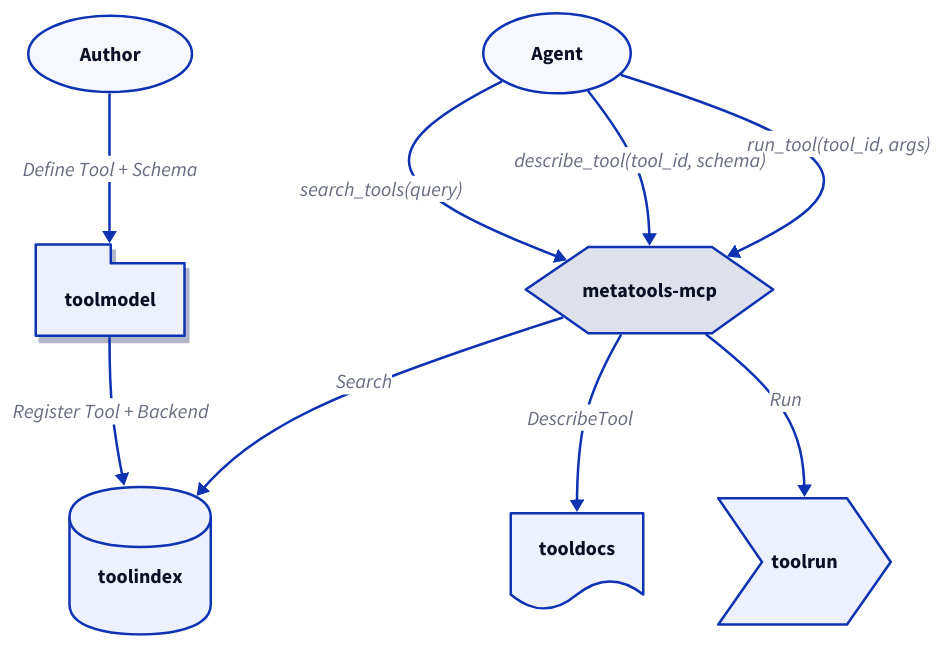
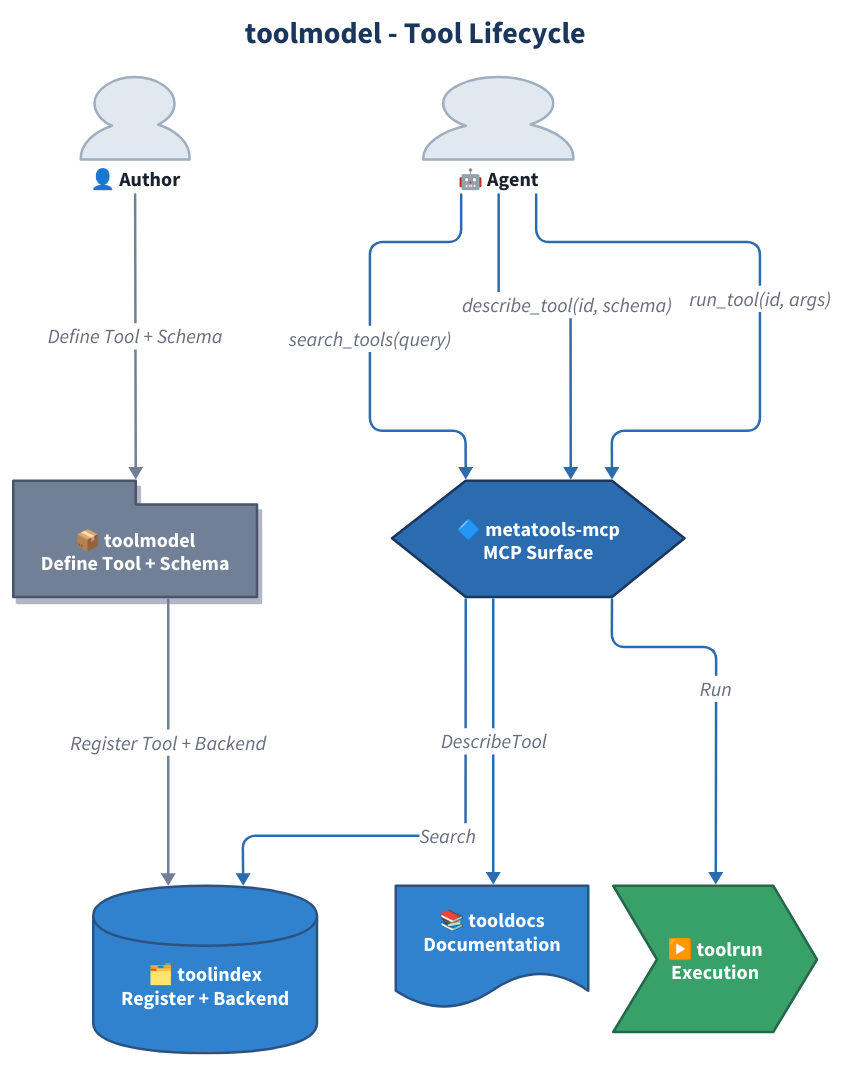
One commit to jonwraymond/toolmodel changed the diagram in docs/diagrams/user-journey.d2. Above: the diagram before and after it, drawn with D2. The commit also changed 5 other files, not shown here.

Commit message:
docs(toolmodel): refresh diagrams

```diff
--- a/docs/diagrams/user-journey.d2
+++ b/docs/diagrams/user-journey.d2
@@ -1,44 +1,151 @@
+# toolmodel User Journey
+# Tool authoring to execution flow
+
 direction: down
 
-style: { font-size: 14 }
-
-author: "Author" {
-  shape: oval
+vars: {
+  d2-config: {
+    layout-engine: elk
+    theme-id: 0
+  }
+  foundation-fill: "#718096"
+  discovery-fill: "#3182ce"
+  surface-fill: "#2b6cb0"
+  execution-fill: "#38a169"
+  actor-fill: "#e2e8f0"
 }
 
-toolmodel: "toolmodel" {
-  shape: package
-  style: { shadow: true }
+classes: {
+  actor: {
+    style: {
+      fill: ${actor-fill}
+      stroke: "#a0aec0"
+      stroke-width: 2
+      font-color: "#1a202c"
+      bold: true
+    }
+  }
+  foundation: {
+    style: {
+      fill: ${foundation-fill}
+      stroke: "#4a5568"
+      stroke-width: 2
+      font-color: "#fff"
+      shadow: true
+    }
+  }
+  discovery: {
+    style: {
+      fill: ${discovery-fill}
+      stroke: "#2c5282"
+      stroke-width: 2
+      font-color: "#fff"
+    }
+  }
+  surface: {
+    style: {
+      fill: ${surface-fill}
+      stroke: "#1a365d"
+      stroke-width: 2
+      font-color: "#fff"
+    }
+  }
+  execution: {
+    style: {
+      fill: ${execution-fill}
+      stroke: "#276749"
+      stroke-width: 2
+      font-color: "#fff"
+    }
+  }
+  author-flow: {
+    style: {
+      stroke: ${foundation-fill}
+      stroke-width: 2
+    }
+  }
+  agent-flow: {
+    style: {
+      stroke: ${surface-fill}
+      stroke-width: 2
+    }
+  }
 }
 
-toolindex: "toolindex" {
-  shape: cylinder
+# Title
+title: "toolmodel - Tool Lifecycle" {
+  shape: text
+  near: top-center
+  style: {
+    font-size: 24
+    bold: true
+    font-color: "#1a365d"
+  }
 }
 
-tooldocs: "tooldocs" {
-  shape: document
+# Actors
+author: "👤 Author" {
+  shape: person
+  class: actor
 }
 
-toolrun: "toolrun" {
-  shape: step
+agent: "🤖 Agent" {
+  shape: person
+  class: actor
 }
 
-metatools: "metatools-mcp" {
-  shape: hexagon
+# Components
+toolmodel: "📦 toolmodel\nDefine Tool + Schema" {
+  shape: package
+  class: foundation
 }
 
-agent: "Agent" {
-  shape: oval
+toolindex: "🗂️ toolindex\nRegister + Backend" {
+  shape: cylinder
+  class: discovery
 }
 
-author -> toolmodel: "Define Tool + Schema"
-toolmodel -> toolindex: "Register Tool + Backend"
+tooldocs: "📚 tooldocs\nDocumentation" {
+  shape: document
+  class: discovery
+}
 
-agent -> metatools: "search_tools(query)"
-metatools -> toolindex: "Search"
+metatools: "🔷 metatools-mcp\nMCP Surface" {
+  shape: hexagon
+  class: surface
+}
 
-agent -> metatools: "describe_tool(tool_id, schema)"
-metatools -> tooldocs: "DescribeTool"
+toolrun: "▶️ toolrun\nExecution" {
+  shape: step
+  class: execution
+}
 
-agent -> metatools: "run_tool(tool_id, args)"
-metatools -> toolrun: "Run"
+# Author Flow
+author -> toolmodel: "Define Tool + Schema" {
+  class: author-flow
+}
+toolmodel -> toolindex: "Register Tool + Backend" {
+  class: author-flow
+}
+
+# Agent Flow
+agent -> metatools: "search_tools(query)" {
+  class: agent-flow
+}
+metatools -> toolindex: "Search" {
+  class: agent-flow
+}
+
+agent -> metatools: "describe_tool(id, schema)" {
+  class: agent-flow
+}
+metatools -> tooldocs: "DescribeTool" {
+  class: agent-flow
+}
+
+agent -> metatools: "run_tool(id, args)" {
+  class: agent-flow
+}
+metatools -> toolrun: "Run" {
+  class: agent-flow
+}
```
